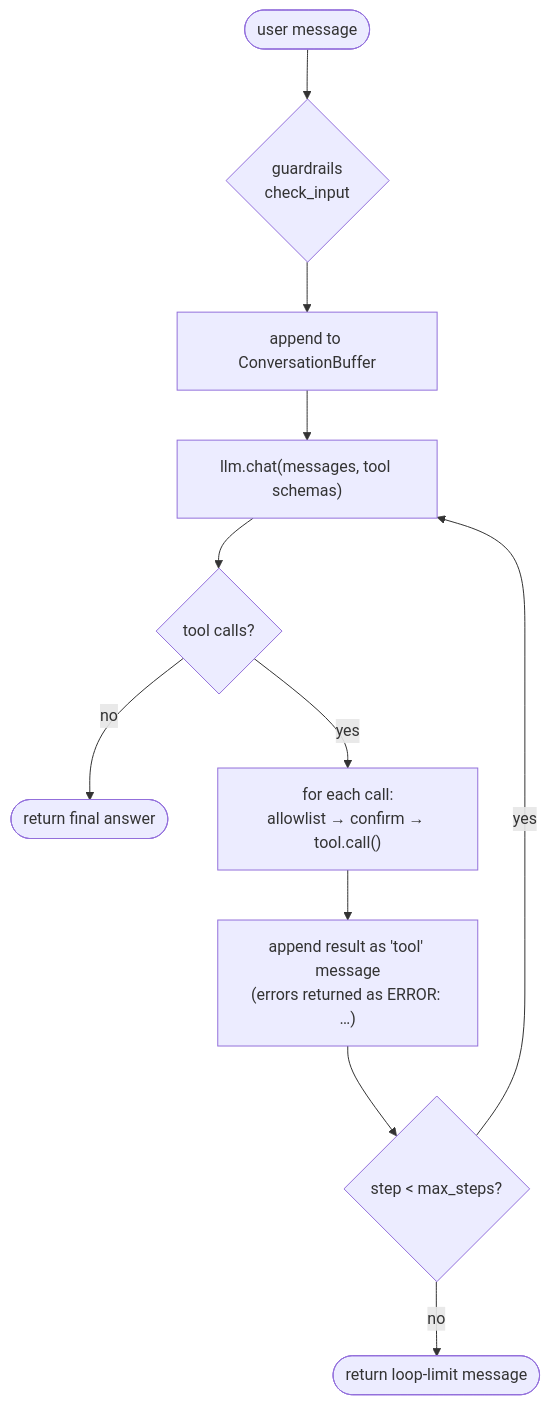
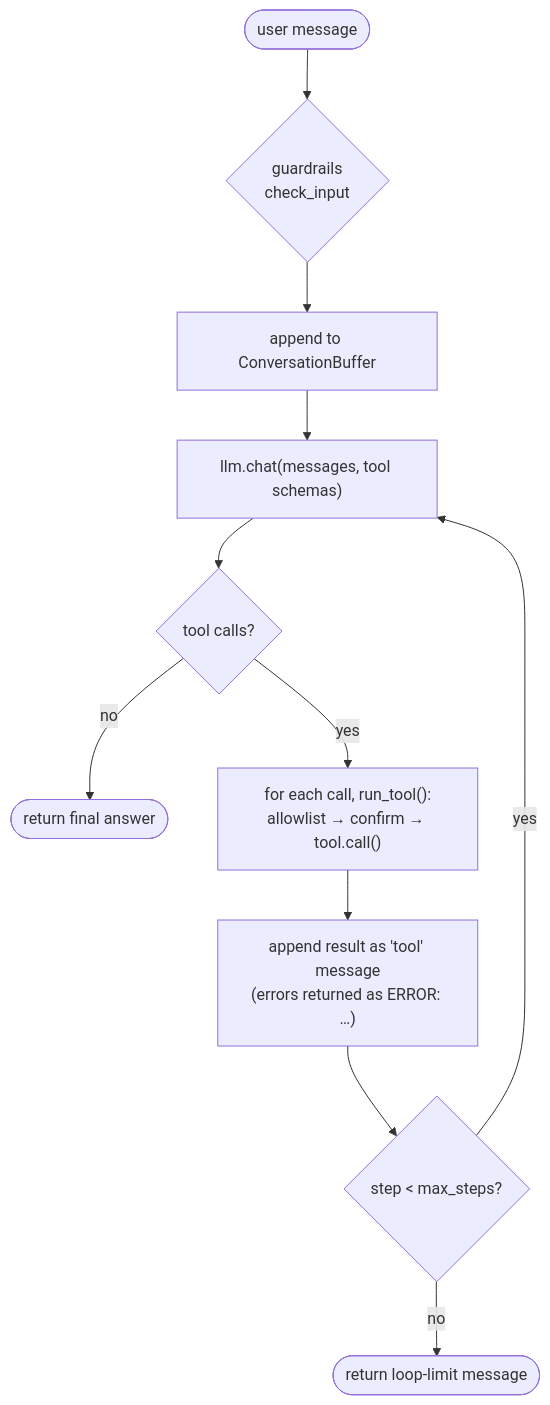
Before and after one commit to abeguerra/local-agent: the second of 4 diagrams in docs/ARCHITECTURE.md, drawn with Mermaid. The commit also changed other lines of this file and 1 other file, not shown here.

First line of the commit message:
Update docs and diagrams for workflows and skills

````diff
--- a/docs/ARCHITECTURE.md
+++ b/docs/ARCHITECTURE.md
@@ -43,13 +58,13 @@
 ```mermaid
 flowchart TD
     userMsg(["user message"]) --> checkInput{"guardrails<br/>check_input"}
     checkInput --> addMsg["append to ConversationBuffer"]
     addMsg --> llmChat["llm.chat(messages, tool schemas)"]
     llmChat --> hasTools{"tool calls?"}
     hasTools -- no --> finalAnswer(["return final answer"])
-    hasTools -- yes --> runTools["for each call:<br/>allowlist → confirm → tool.call()"]
+    hasTools -- yes --> runTools["for each call, run_tool():<br/>allowlist → confirm → tool.call()"]
     runTools --> addResult["append result as 'tool' message<br/>(errors returned as ERROR: …)"]
     addResult --> underLimit{"step &lt; max_steps?"}
     underLimit -- yes --> llmChat
     underLimit -- no --> limitHit(["return loop-limit message"])
 ```
````
